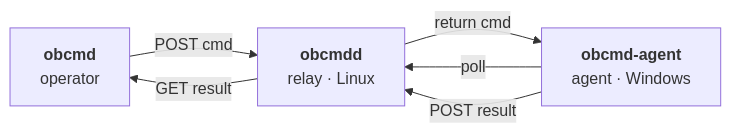
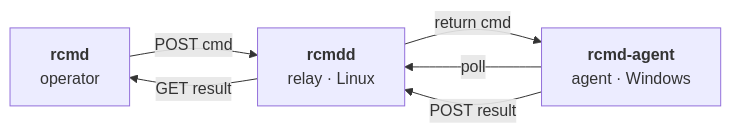
Before and after one commit to obay/rcmd: the diagram in README.md, drawn with Mermaid. The commit also changed other lines of this file and 71 other files, not shown here.

First line of the commit message:
chore!: rename project obcmd → rcmd

````diff
--- a/README.md
+++ b/README.md
@@ -9,12 +9,12 @@
 ```mermaid
 flowchart LR
-    op["<b>obcmd</b><br/>operator"]
-    relay["<b>obcmdd</b><br/>relay · Linux"]
-    agent["<b>obcmd-agent</b><br/>agent · Windows"]
+    op["<b>rcmd</b><br/>operator"]
+    relay["<b>rcmdd</b><br/>relay · Linux"]
+    agent["<b>rcmd-agent</b><br/>agent · Windows"]
 
     op    -- "POST cmd"    --> relay
     relay -- "GET result"  --> op
     agent -- "poll"        --> relay
     relay -- "return cmd"  --> agent
     agent -- "POST result" --> relay
 ```
````
